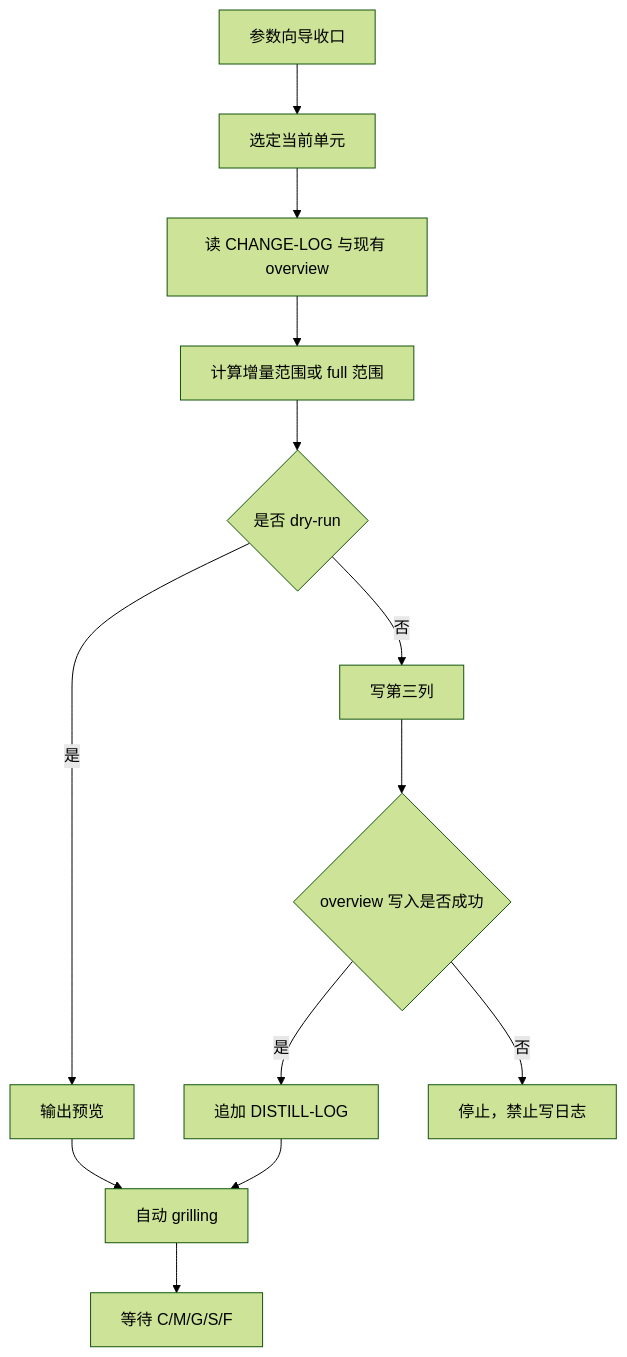
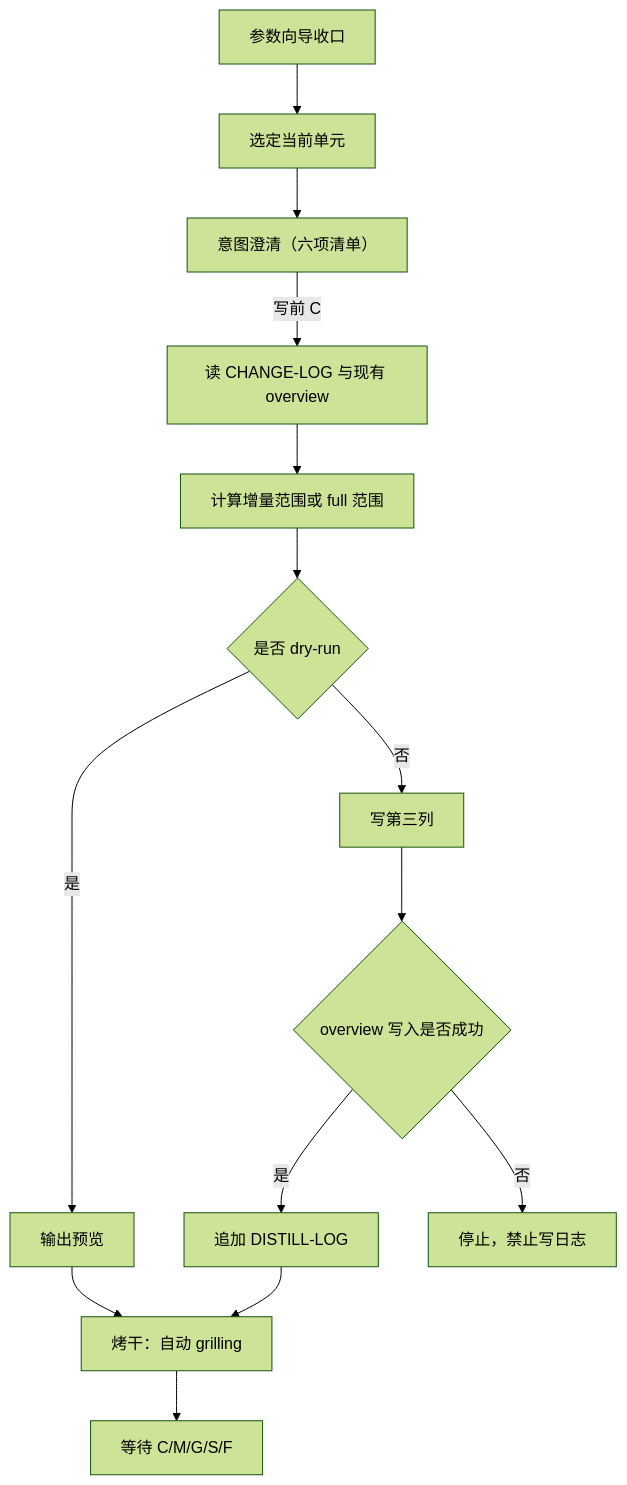
Before and after one commit to oleewen/ai-knowledge: the diagram in agent/skills/docs-distill/references/workflow.md, drawn with Mermaid (forest theme). The commit also changed other lines of this file and 115 other files, not shown here.

````diff
--- a/agent/skills/docs-distill/references/workflow.md
+++ b/agent/skills/docs-distill/references/workflow.md
@@ -51,15 +64,16 @@
 ```mermaid
 flowchart TD
     A["参数向导收口"] --> B["选定当前单元"]
-    B --> C["读 CHANGE-LOG 与现有 overview"]
+    B --> IC["意图澄清（六项清单）"]
+    IC -->|写前 C| C["读 CHANGE-LOG 与现有 overview"]
     C --> D["计算增量范围或 full 范围"]
     D --> E{"是否 dry-run"}
     E -->|是| F["输出预览"]
     E -->|否| G["写第三列"]
     G --> H{"overview 写入是否成功"}
     H -->|是| I["追加 DISTILL-LOG"]
     H -->|否| J["停止，禁止写日志"]
-    F --> K["自动 grilling"]
+    F --> K["烤干：自动 grilling"]
     I --> K
     K --> L["等待 C/M/G/S/F"]
 ```
````
